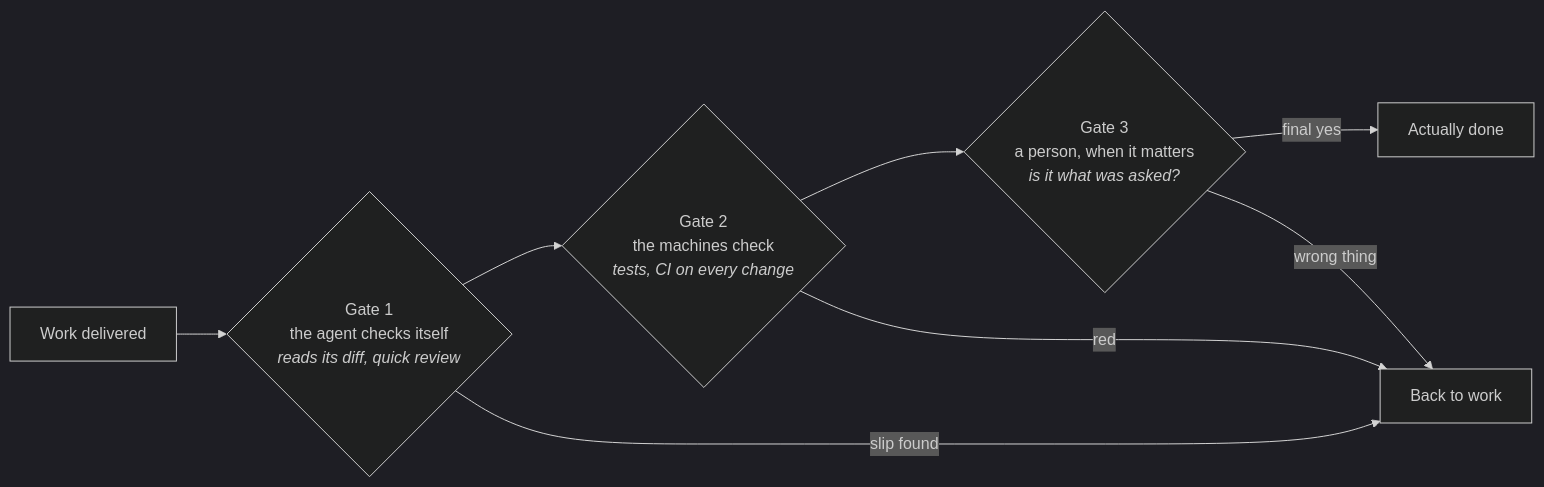
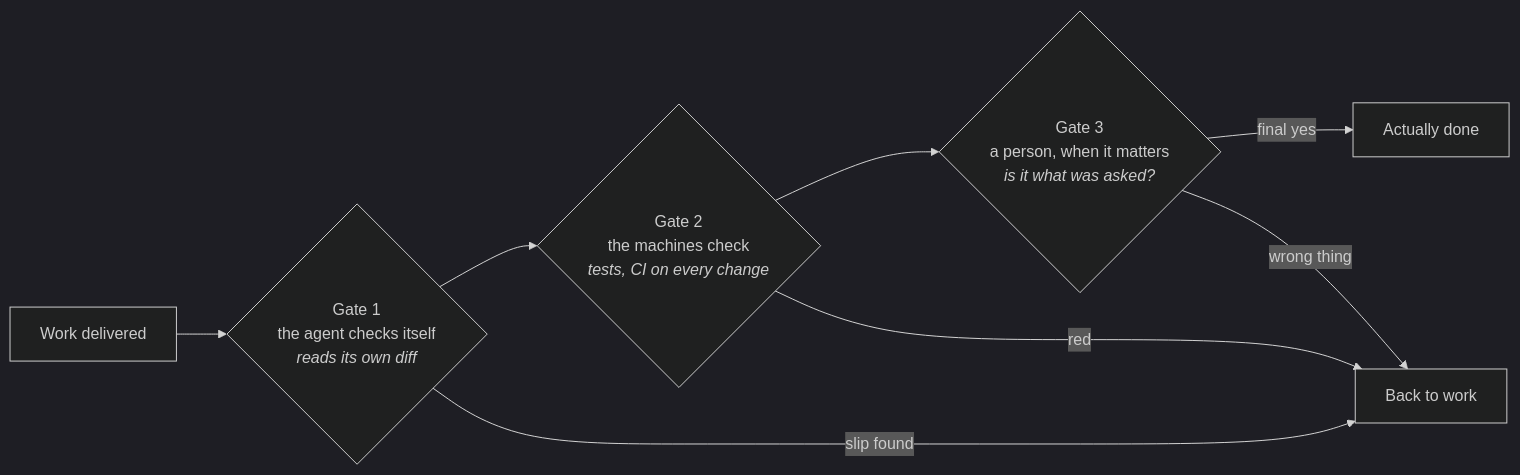
One commit to solution8-com/agentic-playbook changed the diagram in modules/m5-verifying-agent-work.md. Above: the diagram before and after it, drawn with Mermaid (dark theme). The commit also changed other lines of this file and 12 other files, not shown here.

````diff
--- a/modules/m5-verifying-agent-work.md
+++ b/modules/m5-verifying-agent-work.md
@@ -32,10 +28,10 @@
 ```mermaid
 flowchart LR
-    W[Work delivered] --> G1{Gate 1<br>the agent checks itself<br><i>reads its diff, quick review</i>}
+    W[Work delivered] --> G1{Gate 1<br>the agent checks itself<br><i>reads its own diff</i>}
     G1 --> G2{Gate 2<br>the machines check<br><i>tests, CI on every change</i>}
     G2 --> G3{Gate 3<br>a person, when it matters<br><i>is it what was asked?</i>}
     G3 -->|final yes| D[Actually done]
     G1 -->|slip found| B[Back to work]
     G2 -->|red| B
     G3 -->|wrong thing| B
 ```
````
